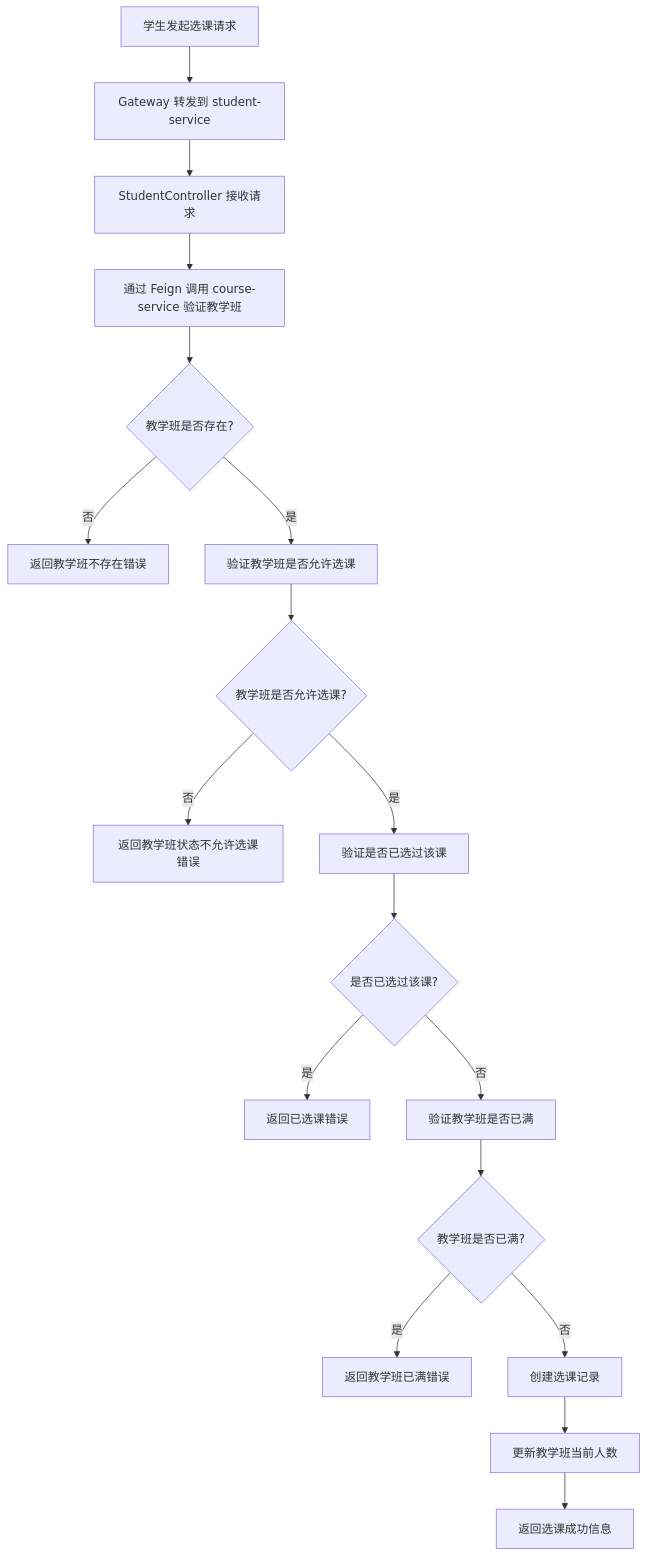
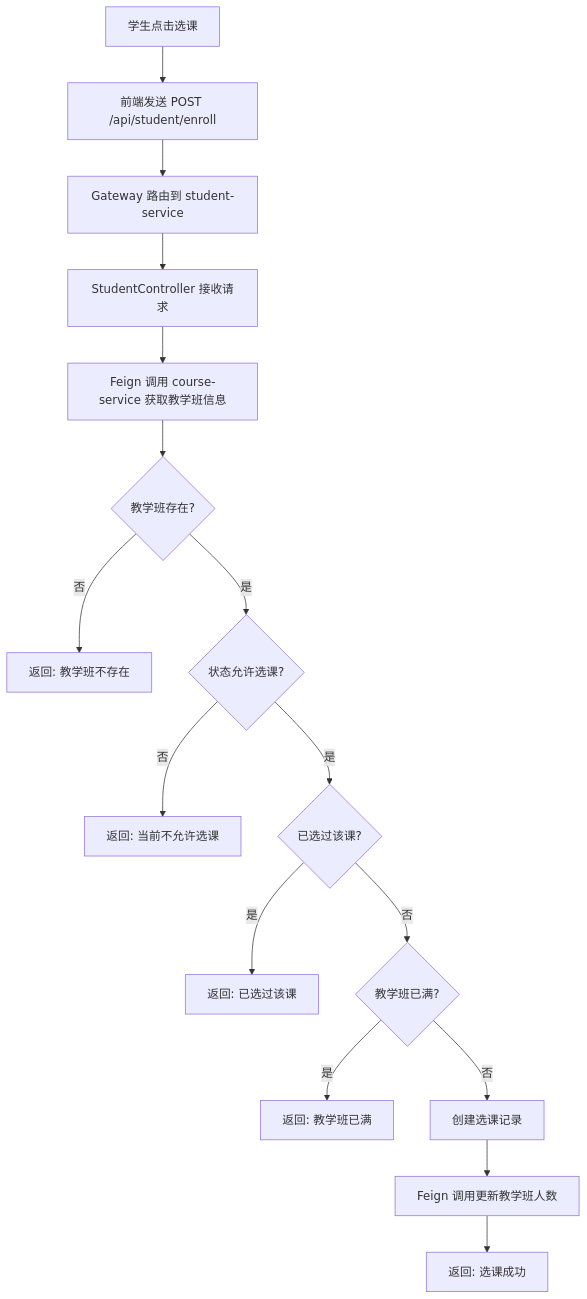
The third of 5 diagrams in Exp_Final/实验报告.md (NissonCX/Java-Course-Exp), drawn with Mermaid before and after one commit. The commit also changed other lines of this file and 7 other files, not shown here.

````diff
--- a/Exp_Final/实验报告.md
+++ b/Exp_Final/实验报告.md
@@ -210,20 +304,18 @@
 ```mermaid
 graph TD
-    A[学生发起选课请求] --> B[Gateway 转发到 student-service]
-    B --> C[StudentController 接收请求]
-    C --> D[通过 Feign 调用 course-service 验证教学班]
-    D --> E{教学班是否存在?}
-    E -->|否| F[返回教学班不存在错误]
-    E -->|是| G[验证教学班是否允许选课]
-    G --> H{教学班是否允许选课?}
-    H -->|否| I[返回教学班状态不允许选课错误]
-    H -->|是| J[验证是否已选过该课]
-    J --> K{是否已选过该课?}
-    K -->|是| L[返回已选课错误]
-    K -->|否| M[验证教学班是否已满]
-    M --> N{教学班是否已满?}
-    N -->|是| O[返回教学班已满错误]
-    N -->|否| P[创建选课记录]
-    P --> Q[更新教学班当前人数]
-    Q --> R[返回选课成功信息]
+    A[学生点击选课] --> B[前端发送 POST /api/student/enroll]
+    B --> C[Gateway 路由到 student-service]
+    C --> D[StudentController 接收请求]
+    D --> E[Feign 调用 course-service 获取教学班信息]
+    E --> F{教学班存在?}
+    F -->|否| G[返回: 教学班不存在]
+    F -->|是| H{状态允许选课?}
+    H -->|否| I[返回: 当前不允许选课]
+    H -->|是| J{已选过该课?}
+    J -->|是| K[返回: 已选过该课]
+    J -->|否| L{教学班已满?}
+    L -->|是| M[返回: 教学班已满]
+    L -->|否| N[创建选课记录]
+    N --> O[Feign 调用更新教学班人数]
+    O --> P[返回: 选课成功]
 ```
````
